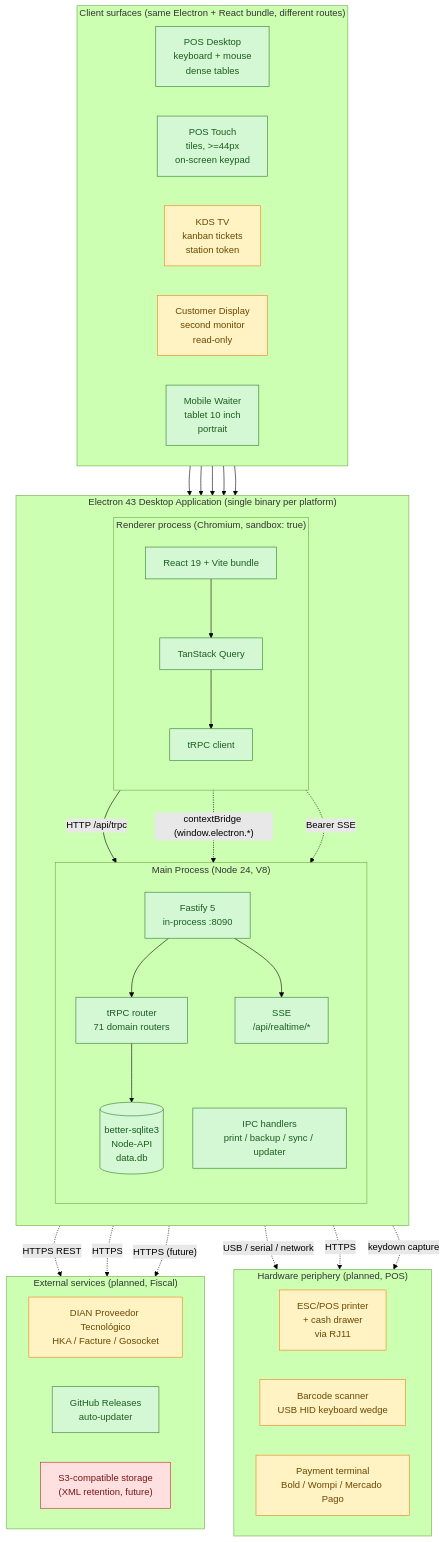
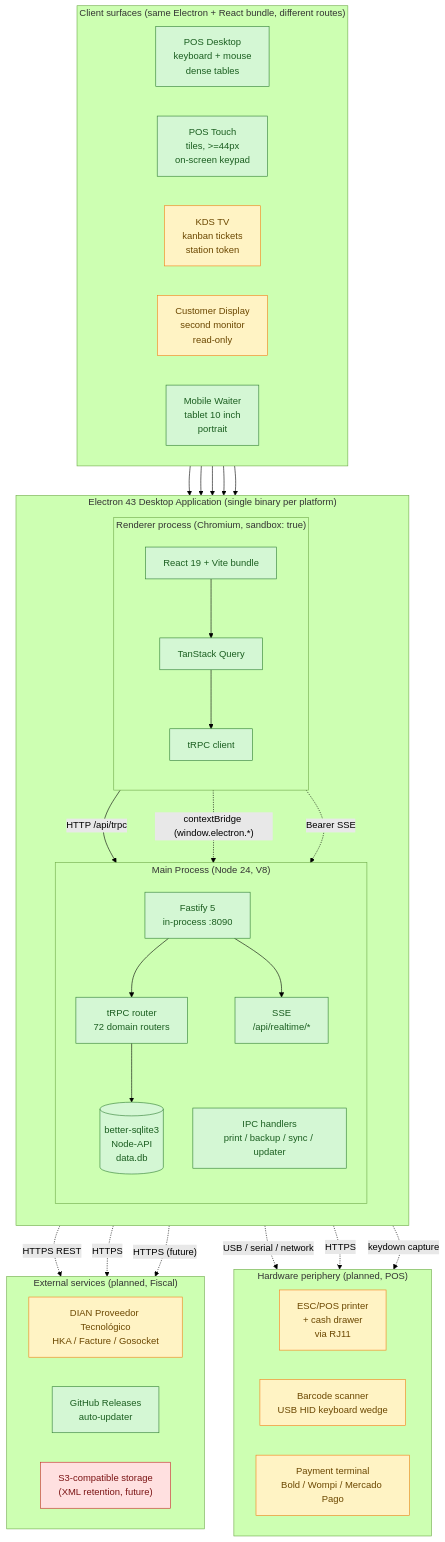
One commit to johnny4young/puntovivo changed the diagram in docs/architecture.mmd. Above: the diagram before and after it, drawn with Mermaid (forest theme). The commit also changed 229 other files, not shown here.

```diff
--- a/docs/architecture.mmd
+++ b/docs/architecture.mmd
@@ -1,81 +1,81 @@
 %% Puntovivo architecture — high-level process and client surface topology
 %% Render: pnpm dlx @mermaid-js/mermaid-cli -i docs/architecture.mmd -o docs/architecture.svg -b transparent
 %% The -b transparent flag is required: mermaid-cli defaults to a white page
 %% background, which regresses the diagram on dark-mode surfaces. The SVG
 %% root style must keep background-color: transparent after every re-render.
 %% Source of truth for the system diagram embedded in docs/ARCHITECTURE.md and README.md.
 
 flowchart TB
   subgraph Electron["Electron 43 Desktop Application (single binary per platform)"]
     direction TB
 
     subgraph Main["Main Process (Node 24, V8)"]
       direction TB
       F["Fastify 5<br/>in-process :8090"]
-      T["tRPC router<br/>71 domain routers"]
+      T["tRPC router<br/>72 domain routers"]
       DB[("better-sqlite3<br/>Node-API<br/>data.db")]
       IPC["IPC handlers<br/>print / backup / sync / updater"]
       SSE["SSE<br/>/api/realtime/*"]
       F --> T
       F --> SSE
       T --> DB
     end
 
     subgraph Renderer["Renderer process (Chromium, sandbox: true)"]
       direction TB
       R["React 19 + Vite bundle"]
       Q["TanStack Query"]
       C["tRPC client"]
       R --> Q --> C
     end
 
     C -- "HTTP /api/trpc" --> F
     R -. "contextBridge (window.electron.*)" .-> IPC
     R -. "Bearer SSE" .-> SSE
   end
 
   subgraph Surfaces["Client surfaces (same Electron + React bundle, different routes)"]
     direction LR
     POSD["POS Desktop<br/>keyboard + mouse<br/>dense tables"]
     POST["POS Touch<br/>tiles, >=44px<br/>on-screen keypad"]
     KDS["KDS TV<br/>kanban tickets<br/>station token"]
     CUST["Customer Display<br/>second monitor<br/>read-only"]
     MOB["Mobile Waiter<br/>tablet 10 inch<br/>portrait"]
   end
 
   POSD --> Renderer
   POST --> Renderer
   KDS --> Renderer
   CUST --> Renderer
   MOB --> Renderer
 
   subgraph Peripherals["Hardware periphery (planned, POS)"]
     direction LR
     ESCP["ESC/POS printer<br/>+ cash drawer<br/>via RJ11"]
     SCAN["Barcode scanner<br/>USB HID keyboard wedge"]
     DAT["Payment terminal<br/>Bold / Wompi / Mercado Pago"]
   end
 
   IPC -. "USB / serial / network" .-> ESCP
   Renderer -. "keydown capture" .-> SCAN
   T -. "HTTPS" .-> DAT
 
   subgraph External["External services (planned, Fiscal)"]
     direction LR
     PT["DIAN Proveedor Tecnológico<br/>HKA / Facture / Gosocket"]
     UPD["GitHub Releases<br/>auto-updater"]
     S3["S3-compatible storage<br/>(XML retention, future)"]
   end
 
   T -. "HTTPS REST" .-> PT
   IPC -. "HTTPS" .-> UPD
   IPC -. "HTTPS (future)" .-> S3
 
   classDef shipped fill:#d4f7d4,stroke:#2e7d32,color:#1b5e20
   classDef planned fill:#fff3c4,stroke:#f57f17,color:#6b4700
   classDef future fill:#ffe0e0,stroke:#c62828,color:#7a1313
 
   class F,T,DB,IPC,SSE,R,Q,C,POSD,UPD shipped
   class POST,MOB shipped
   class KDS,CUST,ESCP,SCAN,DAT,PT planned
   class S3 future
```
